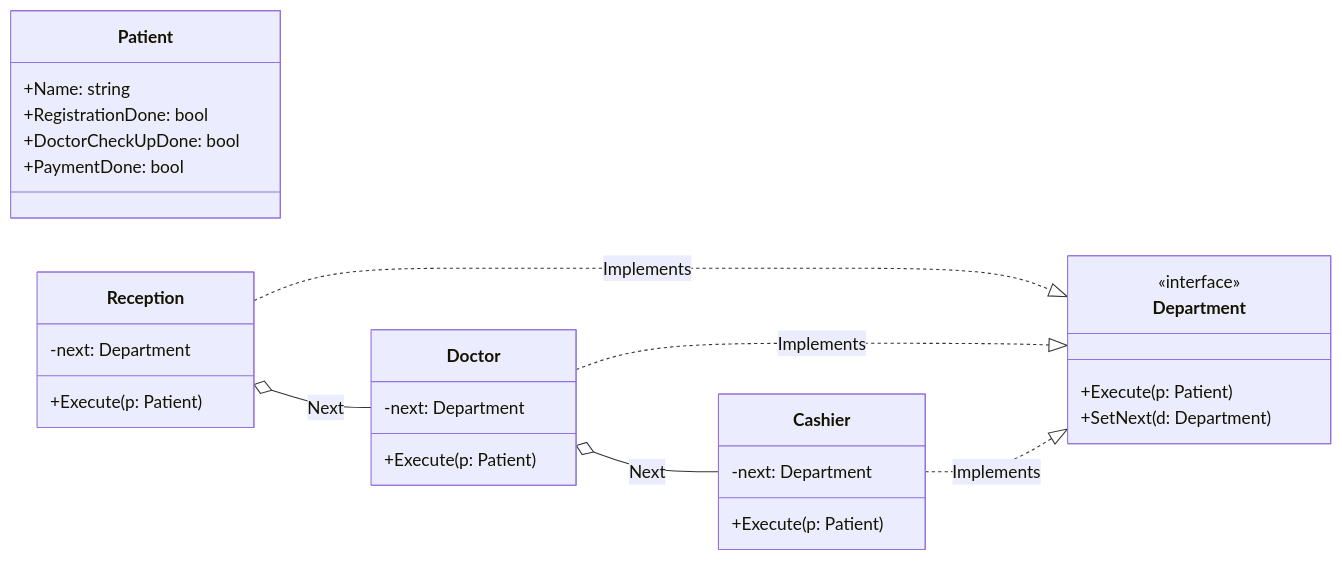
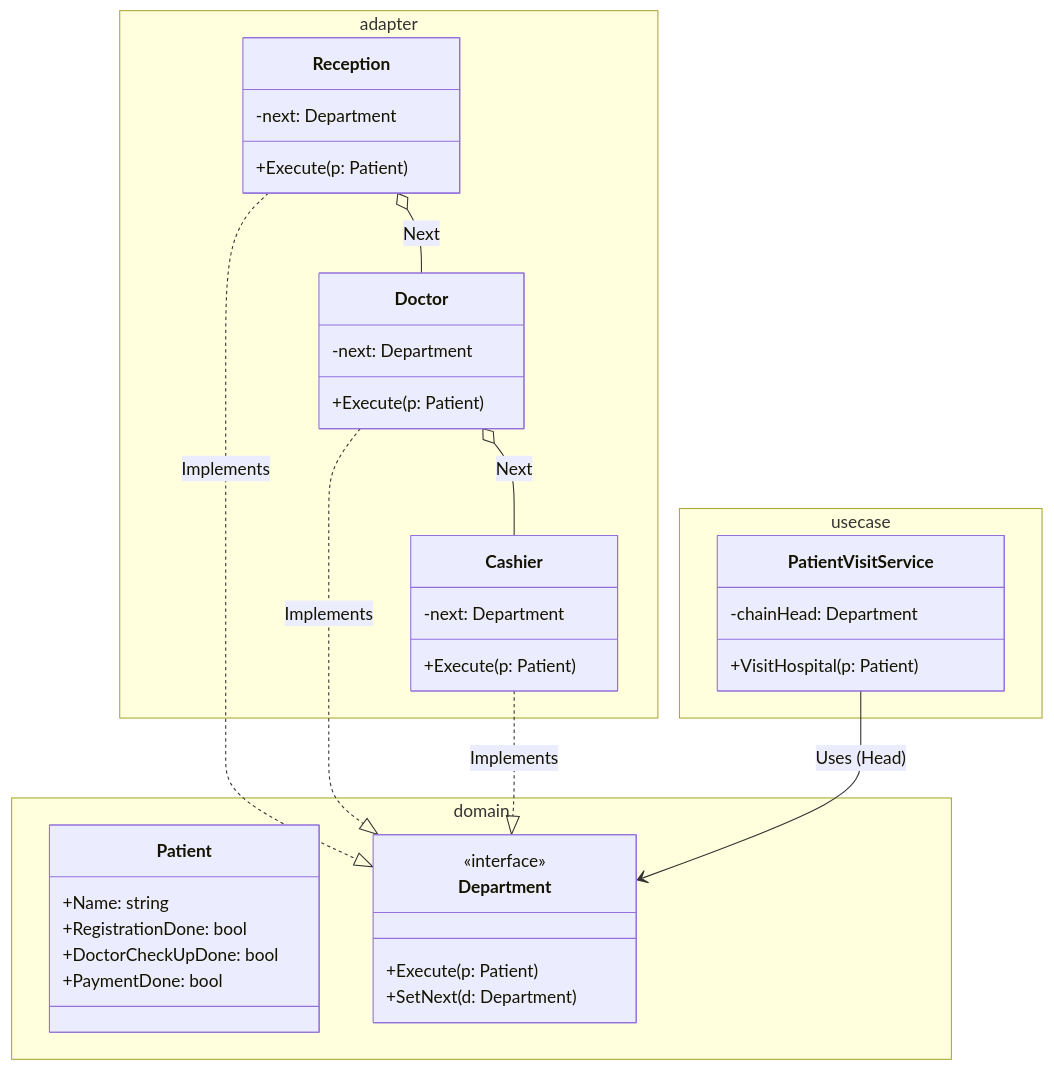
One commit to sokoide/design-patterns changed the diagram in chain-of-responsibility-example/README.md. Above: the diagram before and after it, drawn with Mermaid. The commit also changed other lines of this file and 102 other files, not shown here.

````diff
--- a/chain-of-responsibility-example/README.md
+++ b/chain-of-responsibility-example/README.md
@@ -34,40 +35,47 @@
 ```mermaid
 classDiagram
-    direction LR
-
-    %% Domain Layer
-    class Patient {
-        +Name: string
-        +RegistrationDone: bool
-        +DoctorCheckUpDone: bool
-        +PaymentDone: bool
+    namespace domain {
+        class Patient {
+            +Name: string
+            +RegistrationDone: bool
+            +DoctorCheckUpDone: bool
+            +PaymentDone: bool
+        }
+        class Department {
+            <<interface>>
+            +Execute(p: Patient)
+            +SetNext(d: Department)
+        }
     }
 
-    class Department {
-        <<interface>>
-        +Execute(p: Patient)
-        +SetNext(d: Department)
+    namespace usecase {
+        class PatientVisitService {
+            -chainHead: Department
+            +VisitHospital(p: Patient)
+        }
     }
 
-    %% Adapter Layer
-    class Reception {
-        -next: Department
-        +Execute(p: Patient)
-    }
-    class Doctor {
-        -next: Department
-        +Execute(p: Patient)
-    }
-    class Cashier {
-        -next: Department
-        +Execute(p: Patient)
+    namespace adapter {
+        class Reception {
+            -next: Department
+            +Execute(p: Patient)
+        }
+        class Doctor {
+            -next: Department
+            +Execute(p: Patient)
+        }
+        class Cashier {
+            -next: Department
+            +Execute(p: Patient)
+        }
     }
 
     %% Relationships
     Reception ..|> Department : Implements
     Doctor ..|> Department : Implements
     Cashier ..|> Department : Implements
 
+    PatientVisitService --> Department : Uses (Head)
     Reception o-- Doctor : Next
     Doctor o-- Cashier : Next
 ```
````
